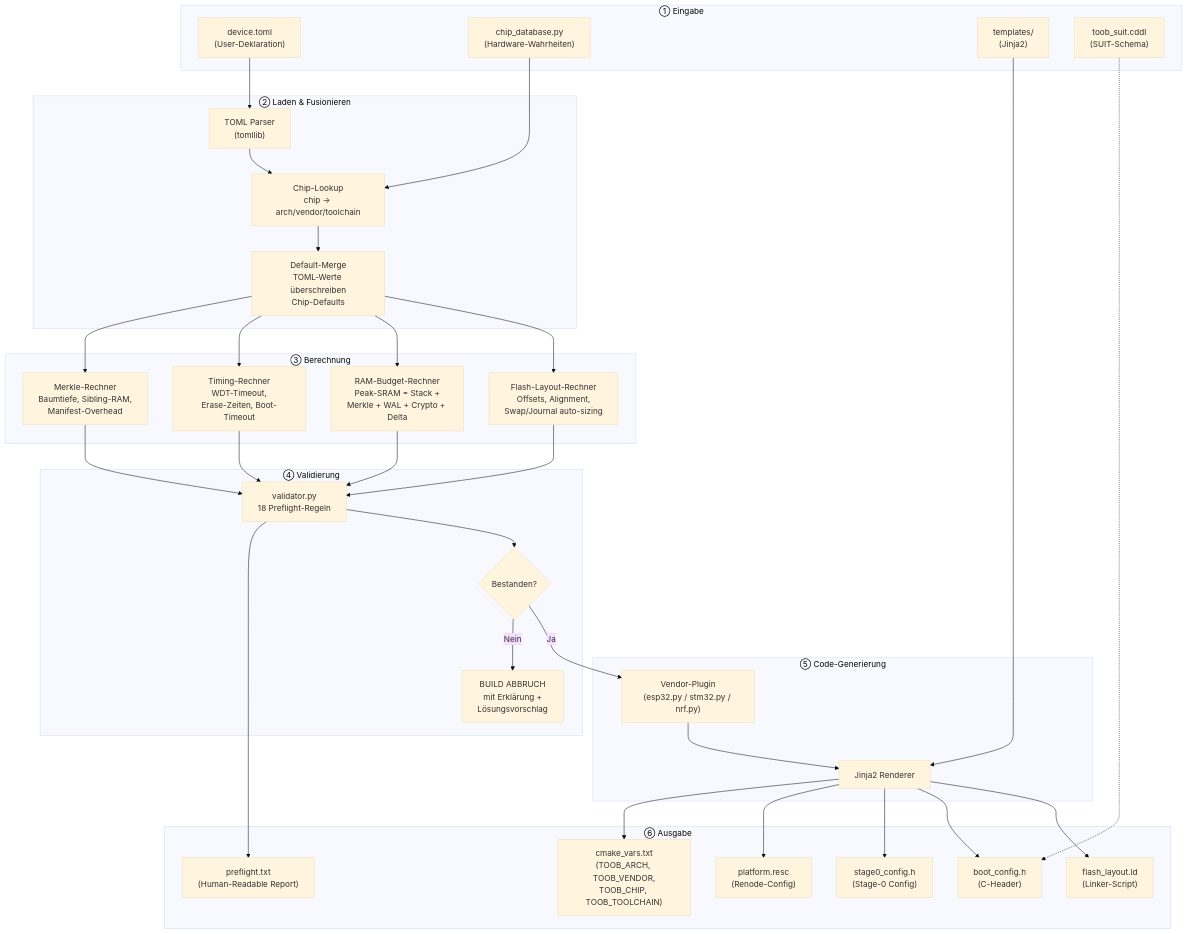
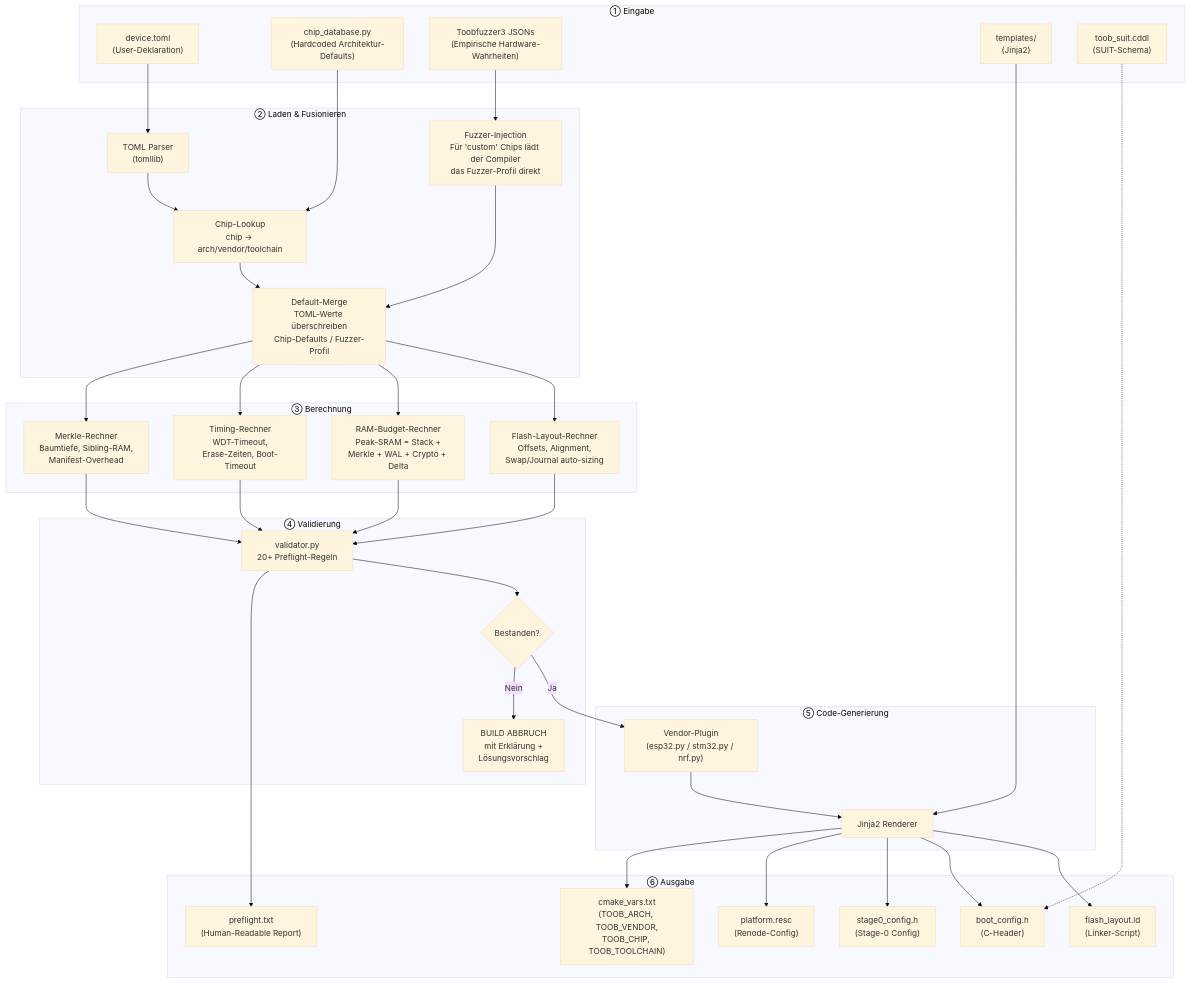
One commit to Toob-Boot/Toob-Loader changed the first of 12 diagrams in ideas/fusion/pipeline/manifest_compiler_pipeline.md. Above: the diagram before and after it, drawn with Mermaid (base theme). The commit also changed other lines of this file and 2 other files, not shown here.

Commit message:
initial pipeline ideas

````diff
--- a/ideas/fusion/pipeline/manifest_compiler_pipeline.md
+++ b/ideas/fusion/pipeline/manifest_compiler_pipeline.md
@@ -11,67 +11,71 @@
 ```mermaid
 flowchart TD
     subgraph INPUT["① Eingabe"]
         TOML["device.toml\n(User-Deklaration)"]
-        CHIPDB["chip_database.py\n(Hardware-Wahrheiten)"]
+        CHIPDB["chip_database.py\n(Hardcoded Architektur-Defaults)"]
+        FUZZER["Toobfuzzer3 JSONs\n(Empirische Hardware-Wahrheiten)"]
         TEMPLATES["templates/\n(Jinja2)"]
         CDDL["toob_suit.cddl\n(SUIT-Schema)"]
     end
 
     subgraph PHASE1["② Laden & Fusionieren"]
         PARSE["TOML Parser\n(tomllib)"]
         LOOKUP["Chip-Lookup\nchip → arch/vendor/toolchain"]
-        MERGE["Default-Merge\nTOML-Werte überschreiben\nChip-Defaults"]
+        INJECT["Fuzzer-Injection\nFür 'custom' Chips lädt der Compiler\ndas Fuzzer-Profil direkt"]
+        MERGE["Default-Merge\nTOML-Werte überschreiben\nChip-Defaults / Fuzzer-Profil"]
     end
 
     subgraph PHASE2["③ Berechnung"]
         LAYOUT["Flash-Layout-Rechner\nOffsets, Alignment,\nSwap/Journal auto-sizing"]
         RAMCALC["RAM-Budget-Rechner\nPeak-SRAM = Stack +\nMerkle + WAL + Crypto + Delta"]
         TIMING["Timing-Rechner\nWDT-Timeout,\nErase-Zeiten, Boot-Timeout"]
         MERKLE["Merkle-Rechner\nBaumtiefe, Sibling-RAM,\nManifest-Overhead"]
     end
 
     subgraph PHASE3["④ Validierung"]
-        VALIDATE["validator.py\n18 Preflight-Regeln"]
+        VALIDATE["validator.py\n20+ Preflight-Regeln"]
         PASS{Bestanden?}
         ERROR["BUILD ABBRUCH\nmit Erklärung +\nLösungsvorschlag"]
     end
 
     subgraph PHASE4["⑤ Code-Generierung"]
         VENDOR["Vendor-Plugin\n(esp32.py / stm32.py / nrf.py)"]
         RENDER["Jinja2 Renderer"]
     end
 
     subgraph OUTPUT["⑥ Ausgabe"]
         LD["flash_layout.ld\n(Linker-Script)"]
         CONFIG_H["boot_config.h\n(C-Header)"]
         S0_H["stage0_config.h\n(Stage-0 Config)"]
         RESC["platform.resc\n(Renode-Config)"]
         REPORT["preflight.txt\n(Human-Readable Report)"]
         CMAKE_VARS["cmake_vars.txt\n(TOOB_ARCH, TOOB_VENDOR,\nTOOB_CHIP, TOOB_TOOLCHAIN)"]
     end
 
     TOML --> PARSE
     PARSE --> LOOKUP
     CHIPDB --> LOOKUP
+    FUZZER --> INJECT
     LOOKUP --> MERGE
+    INJECT --> MERGE
     MERGE --> LAYOUT
     MERGE --> RAMCALC
     MERGE --> TIMING
     MERGE --> MERKLE
     LAYOUT --> VALIDATE
     RAMCALC --> VALIDATE
     TIMING --> VALIDATE
     MERKLE --> VALIDATE
     VALIDATE --> PASS
     PASS -- "Ja" --> VENDOR
     PASS -- "Nein" --> ERROR
     VENDOR --> RENDER
     TEMPLATES --> RENDER
     RENDER --> LD
     RENDER --> CONFIG_H
     RENDER --> S0_H
     RENDER --> RESC
     RENDER --> CMAKE_VARS
     VALIDATE --> REPORT
     CDDL -.-> CONFIG_H
 ```
````
